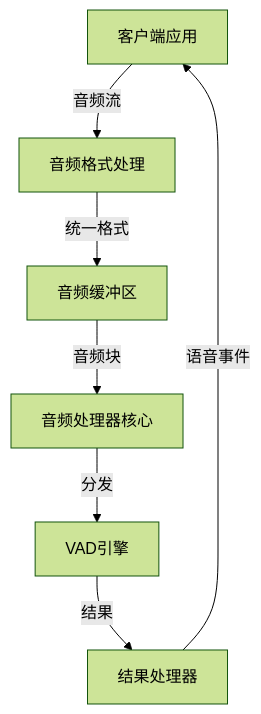
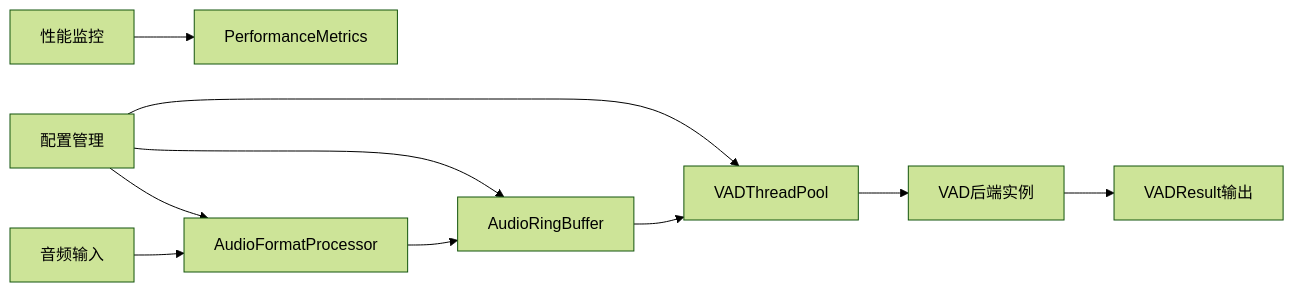
One commit to xucailiang/cascade changed the diagram in README.md. Above: the diagram before and after it, drawn with Mermaid (forest theme). The commit also changed other lines of this file and 22 other files, not shown here.

````diff
--- a/README.md
+++ b/README.md
@@ -28,9 +42,14 @@
 ```mermaid
-graph TD
-    A[客户端应用] -->|音频流| B[音频格式处理]
-    B -->|统一格式| C[音频缓冲区]
-    C -->|音频块| D[音频处理器核心]
-    D -->|分发| E[VAD引擎]
-    E -->|结果| F[结果处理器]
-    F -->|语音事件| A
+graph LR
+    A[音频输入] --> B[AudioFormatProcessor]
+    B --> C[AudioRingBuffer]
+    C --> D[VADThreadPool]
+    D --> E[VAD后端实例]
+    E --> F[VADResult输出]
+    
+    G[配置管理] --> B
+    G --> C
+    G --> D
+    
+    H[性能监控] --> I[PerformanceMetrics]
 ```
````
